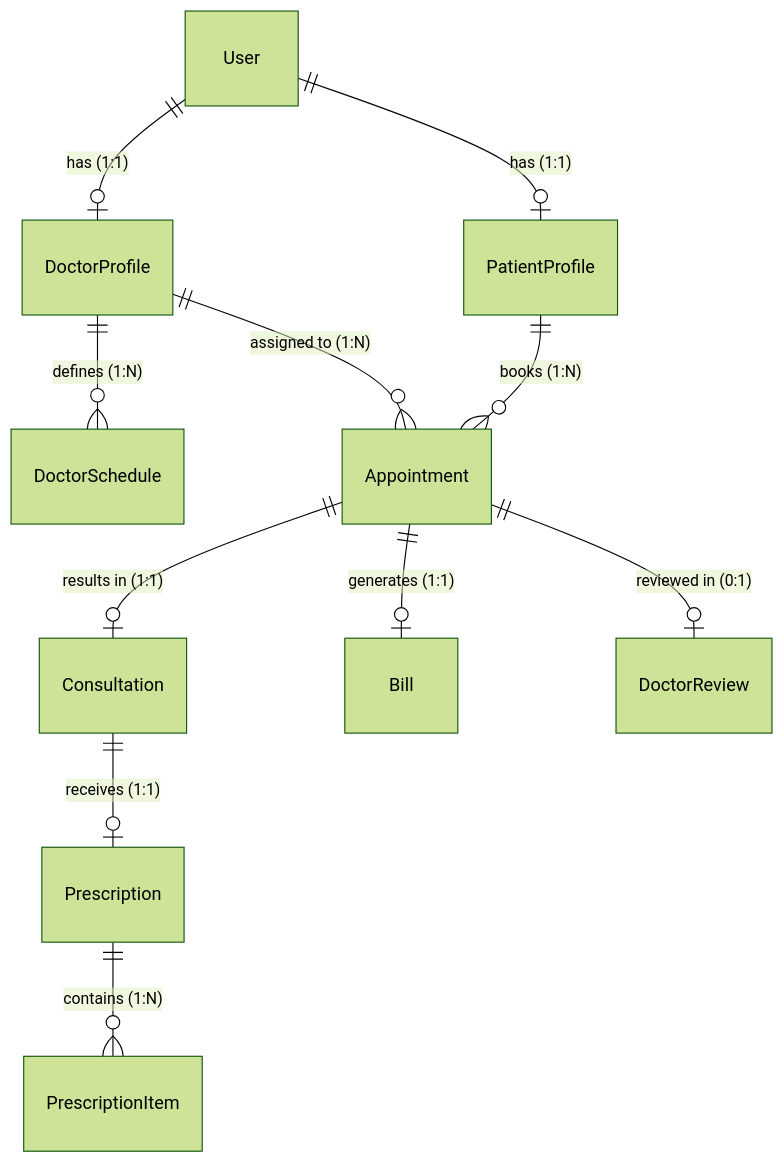
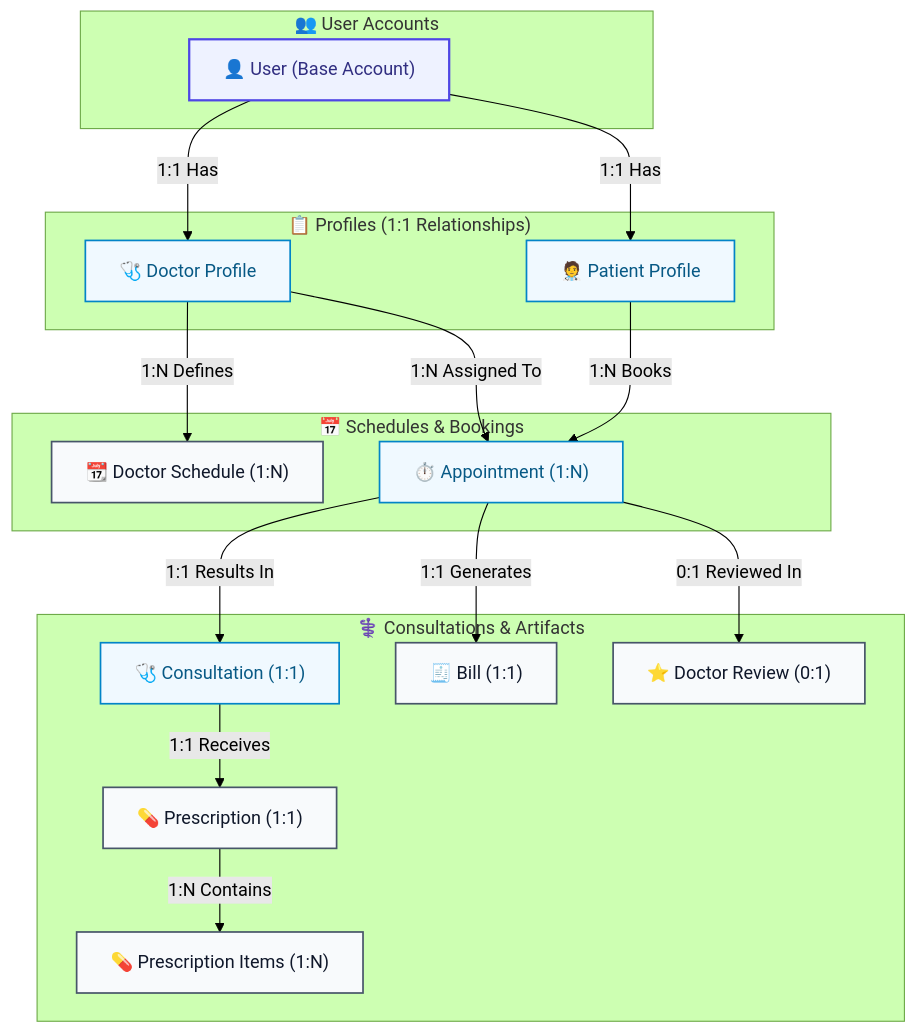
The fourth of 4 diagrams in README.md (hamzahameed4322/MediFlow), drawn with Mermaid (forest theme) before and after one commit. The commit also changed other lines of this file and 2 other files, not shown here.

````diff
--- a/README.md
+++ b/README.md
@@ -335,13 +350,42 @@
 ```mermaid
-erDiagram
-    User ||--o| DoctorProfile : "has (1:1)"
-    User ||--o| PatientProfile : "has (1:1)"
-    DoctorProfile ||--o{ DoctorSchedule : "defines (1:N)"
-    DoctorProfile ||--o{ Appointment : "assigned to (1:N)"
-    PatientProfile ||--o{ Appointment : "books (1:N)"
-    Appointment ||--o| Consultation : "results in (1:1)"
-    Appointment ||--o| Bill : "generates (1:1)"
-    Appointment ||--o| DoctorReview : "reviewed in (0:1)"
-    Consultation ||--o| Prescription : "receives (1:1)"
-    Prescription ||--o{ PrescriptionItem : "contains (1:N)"
+flowchart TD
+    subgraph CoreUsers [" 👥 User Accounts "]
+        User["👤 User (Base Account)"]
+    end
+
+    subgraph Profiles [" 📋 Profiles (1:1 Relationships) "]
+        DocProfile["🩺 Doctor Profile"]
+        PatProfile["🧑‍⚕️ Patient Profile"]
+    end
+
+    subgraph Scheduling [" 📅 Schedules & Bookings "]
+        DocSchedule["📆 Doctor Schedule (1:N)"]
+        Appt["⏱️ Appointment (1:N)"]
+    end
+
+    subgraph Clinical [" ⚕️ Consultations & Artifacts "]
+        Consult["🩺 Consultation (1:1)"]
+        Presc["💊 Prescription (1:1)"]
+        PrescItems["💊 Prescription Items (1:N)"]
+        Bill["🧾 Bill (1:1)"]
+        Review["⭐ Doctor Review (0:1)"]
+    end
+
+    User -->|1:1 Has| DocProfile
+    User -->|1:1 Has| PatProfile
+    DocProfile -->|1:N Defines| DocSchedule
+    DocProfile -->|1:N Assigned To| Appt
+    PatProfile -->|1:N Books| Appt
+    Appt -->|1:1 Results In| Consult
+    Appt -->|1:1 Generates| Bill
+    Appt -->|0:1 Reviewed In| Review
+    Consult -->|1:1 Receives| Presc
+    Presc -->|1:N Contains| PrescItems
+
+    classDef default fill:#F8FAFC,stroke:#475569,stroke-width:1.5px,color:#0F172A;
+    classDef mainEntity fill:#EEF2FF,stroke:#4F46E5,stroke-width:2px,color:#312E81;
+    classDef clinicalEntity fill:#F0F9FF,stroke:#0284C7,stroke-width:1.5px,color:#075985;
+    
+    class User mainEntity;
+    class DocProfile,PatProfile,Appt,Consult clinicalEntity;
 ```
````
